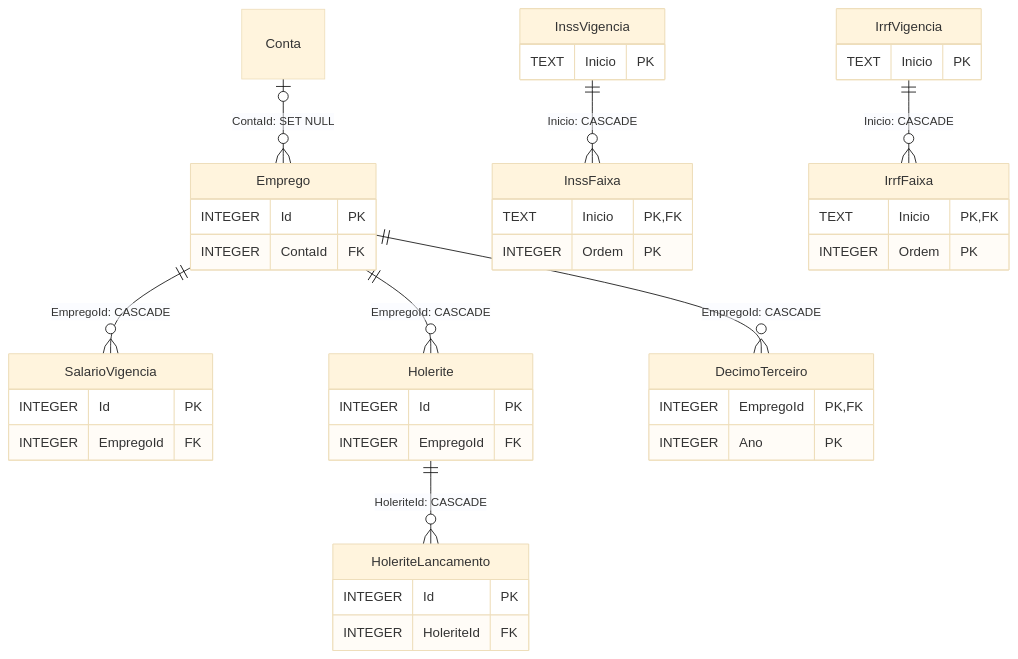
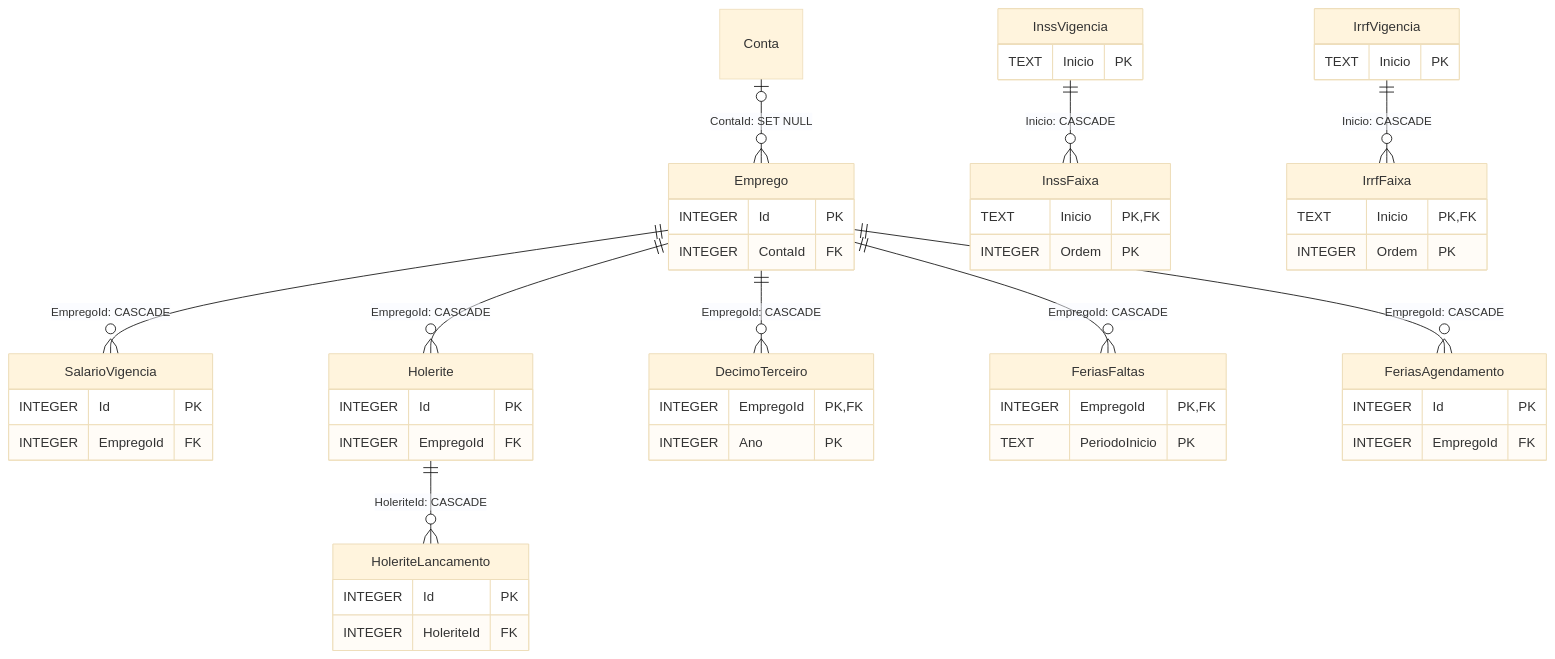
Before and after one commit to LucasDesenvGit/financas-local: the eighth of 8 diagrams in docs/BANCO-DE-DADOS.md, drawn with Mermaid (base theme). The commit also changed 35 other files, not shown here.

````diff
--- a/docs/BANCO-DE-DADOS.md
+++ b/docs/BANCO-DE-DADOS.md
@@ -205,44 +205,54 @@
 ```mermaid
 erDiagram
     Emprego {
         INTEGER Id PK
         INTEGER ContaId FK
     }
     SalarioVigencia {
         INTEGER Id PK
         INTEGER EmpregoId FK
     }
     InssVigencia {
         TEXT Inicio PK
     }
     InssFaixa {
         TEXT Inicio PK,FK
         INTEGER Ordem PK
     }
     IrrfVigencia {
         TEXT Inicio PK
     }
     IrrfFaixa {
         TEXT Inicio PK,FK
         INTEGER Ordem PK
     }
     Holerite {
         INTEGER Id PK
         INTEGER EmpregoId FK
     }
     HoleriteLancamento {
         INTEGER Id PK
         INTEGER HoleriteId FK
     }
     DecimoTerceiro {
         INTEGER EmpregoId PK,FK
         INTEGER Ano PK
     }
+    FeriasFaltas {
+        INTEGER EmpregoId PK,FK
+        TEXT PeriodoInicio PK
+    }
+    FeriasAgendamento {
+        INTEGER Id PK
+        INTEGER EmpregoId FK
+    }
     Conta |o--o{ Emprego : "ContaId: SET NULL"
     Emprego ||--o{ SalarioVigencia : "EmpregoId: CASCADE"
     InssVigencia ||--o{ InssFaixa : "Inicio: CASCADE"
     IrrfVigencia ||--o{ IrrfFaixa : "Inicio: CASCADE"
     Emprego ||--o{ Holerite : "EmpregoId: CASCADE"
     Holerite ||--o{ HoleriteLancamento : "HoleriteId: CASCADE"
     Emprego ||--o{ DecimoTerceiro : "EmpregoId: CASCADE"
+    Emprego ||--o{ FeriasFaltas : "EmpregoId: CASCADE"
+    Emprego ||--o{ FeriasAgendamento : "EmpregoId: CASCADE"
 ```
````
